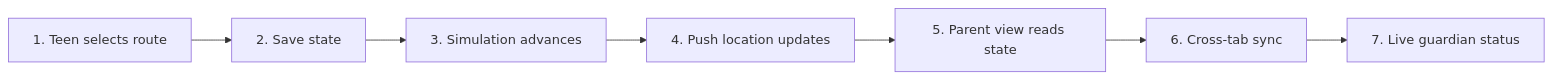
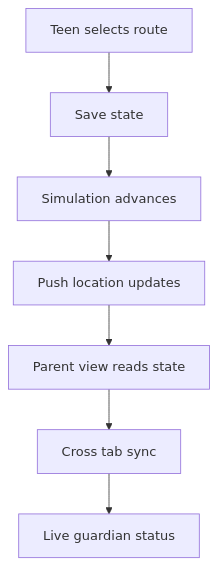
One commit to VaishnavBourampeta09/EMP-HackFest changed the fourth of 4 diagrams in README.md. Above: the diagram before and after it, drawn with Mermaid. The commit also changed other lines of this file and 4 other files, not shown here.

````diff
--- a/README.md
+++ b/README.md
@@ -97,9 +163,9 @@
 ```mermaid
-flowchart LR
-    A[1. Teen selects route] --> B[2. Save state]
-    B --> C[3. Simulation advances]
-    C --> D[4. Push location updates]
-    D --> E[5. Parent view reads state]
-    E --> F[6. Cross-tab sync]
-    F --> G[7. Live guardian status]
+flowchart TD
+    A[Teen selects route] --> B[Save state]
+    B --> C[Simulation advances]
+    C --> D[Push location updates]
+    D --> E[Parent view reads state]
+    E --> F[Cross tab sync]
+    F --> G[Live guardian status]
 ```
````
